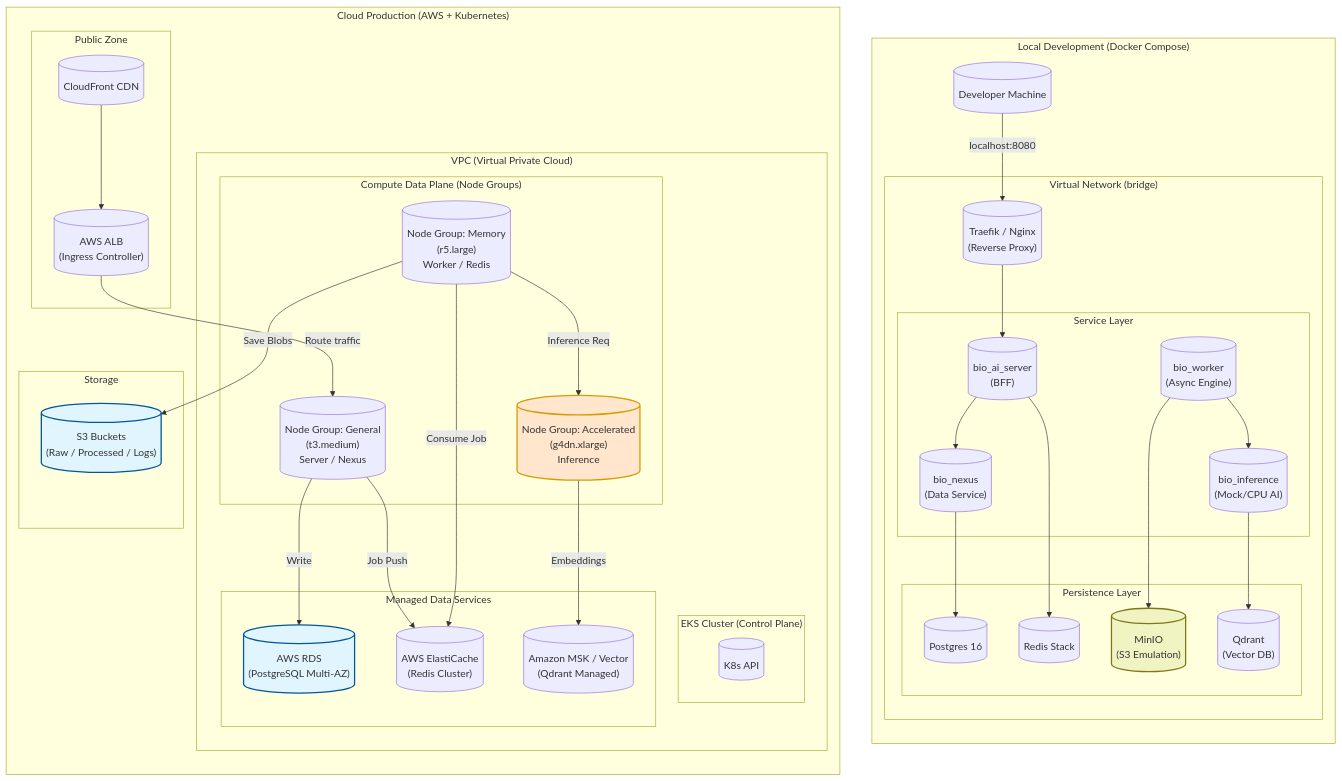
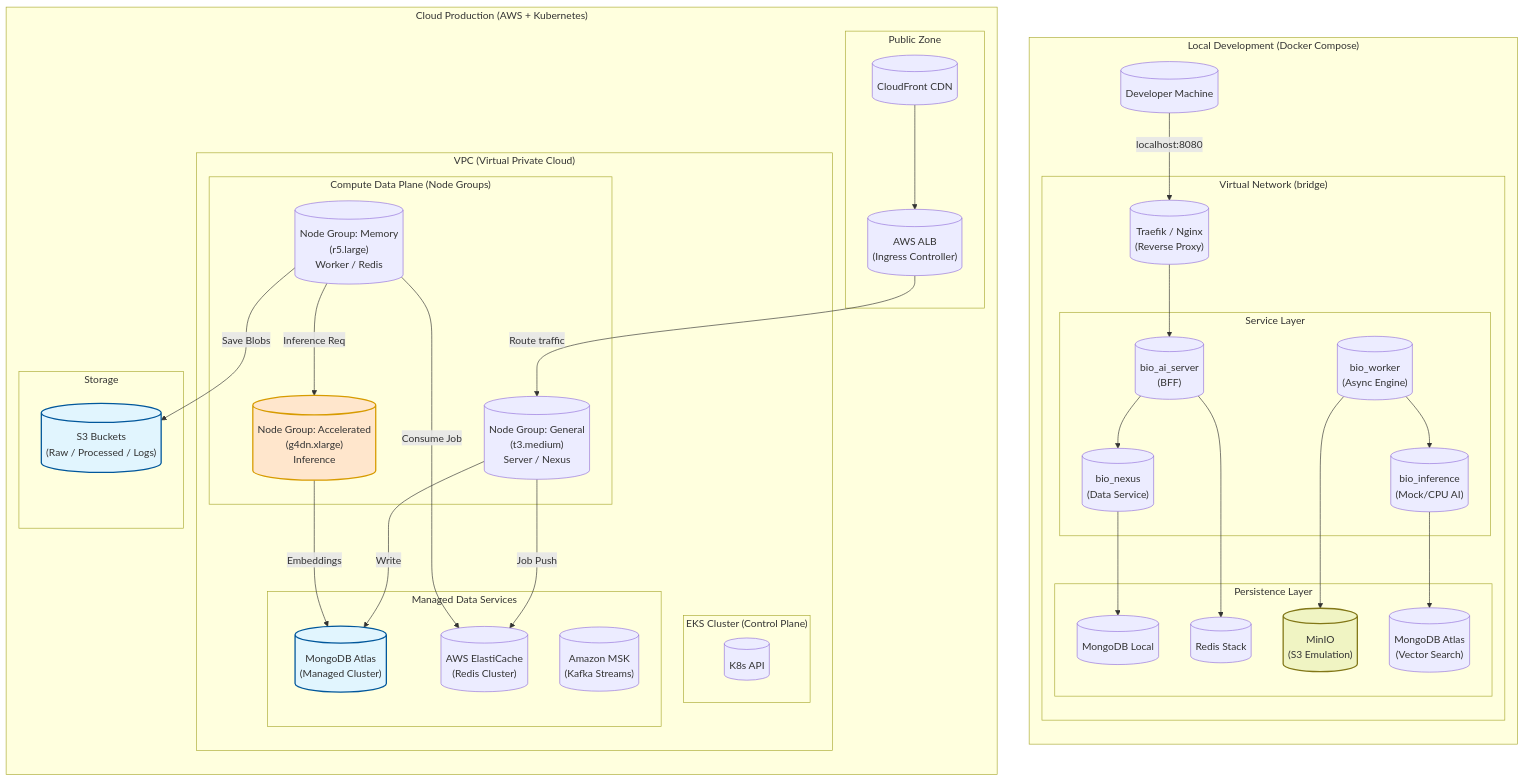
One commit to omnimuh730/Bio-AI changed the diagram in docs/development/infra_specs.md. Above: the diagram before and after it, drawn with Mermaid. The commit also changed other lines of this file and 6 other files, not shown here.

Commit message:
feat: Update documentation to reflect MongoDB Atlas integration and new vector search capabilities across services

```diff
--- a/docs/development/infra_specs.md
+++ b/docs/development/infra_specs.md
@@ -40,10 +40,10 @@
             end
 
             subgraph "Persistence Layer"
-                PG[("Postgres 16")]
+                PG[("MongoDB Local")]
                 RedisL[("Redis Stack")]
                 MinIO[("MinIO<br>(S3 Emulation)")]
-                QdrantL[("Qdrant<br>(Vector DB)")]
+                QdrantL[("MongoDB Atlas<br>(Vector Search)")]
             end
         end
 
@@ -79,9 +79,9 @@
             end
 
             subgraph "Managed Data Services"
-                RDS[("AWS RDS<br>(PostgreSQL Multi-AZ)")]
+                RDS[("MongoDB Atlas<br>(Managed Cluster)")]
                 ElastiCache[("AWS ElastiCache<br>(Redis Cluster)")]
-                MSK[("Amazon MSK / Vector<br>(Qdrant Managed)")]
+                MSK[("Amazon MSK<br>(Kafka Streams)")]
             end
         end
 
@@ -96,7 +96,7 @@
         NG_Gen -- "Job Push" --> ElastiCache
         NG_Mem -- "Consume Job" --> ElastiCache
         NG_Mem -- "Inference Req" --> NG_GPU
-        NG_GPU -- "Embeddings" --> MSK
+        NG_GPU -- "Embeddings" --> RDS
         NG_Mem -- "Save Blobs" --> S3
     end
 
```
